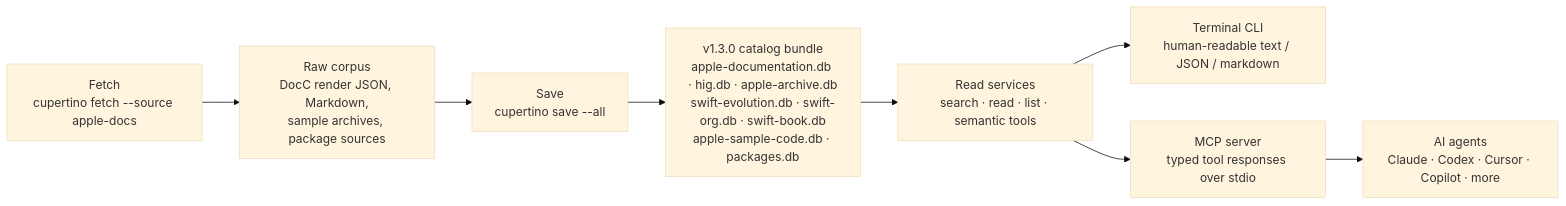
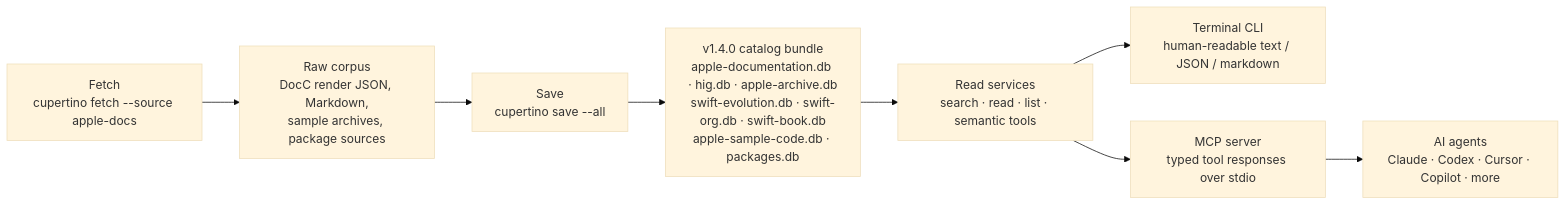
Before and after one commit to mihaelamj/cupertino: the second of 6 diagrams in README.md, drawn with Mermaid (base theme). The commit also changed other lines of this file and 5 other files, not shown here.

````diff
--- a/README.md
+++ b/README.md
@@ -197,15 +197,15 @@
 ```mermaid
 flowchart LR
   Fetch["Fetch<br/>cupertino fetch --source apple-docs"]
   Raw["Raw corpus<br/>DocC render JSON, Markdown,<br/>sample archives, package sources"]
   Save["Save<br/>cupertino save --all"]
-  Bundle["v1.3.0 catalog bundle<br/>apple-documentation.db · hig.db · apple-archive.db<br/>swift-evolution.db · swift-org.db · swift-book.db<br/>apple-sample-code.db · packages.db"]
+  Bundle["v1.4.0 catalog bundle<br/>apple-documentation.db · hig.db · apple-archive.db<br/>swift-evolution.db · swift-org.db · swift-book.db<br/>apple-sample-code.db · packages.db"]
   Services["Read services<br/>search · read · list · semantic tools"]
   CLI["Terminal CLI<br/>human-readable text / JSON / markdown"]
   MCP["MCP server<br/>typed tool responses over stdio"]
   Agents["AI agents<br/>Claude · Codex · Cursor · Copilot · more"]
 
   Fetch --> Raw --> Save --> Bundle --> Services
   Services --> CLI
   Services --> MCP --> Agents
 ```
````
